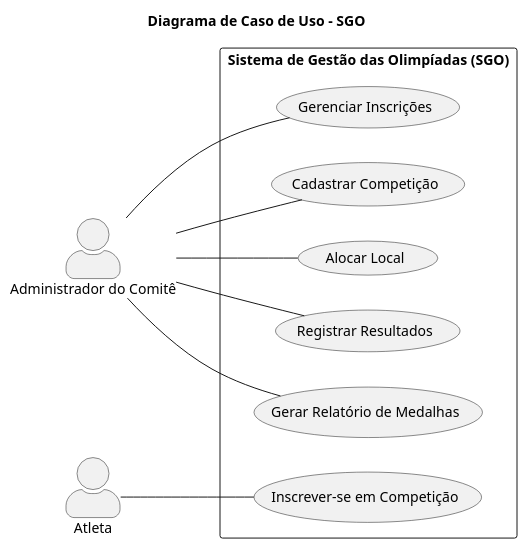
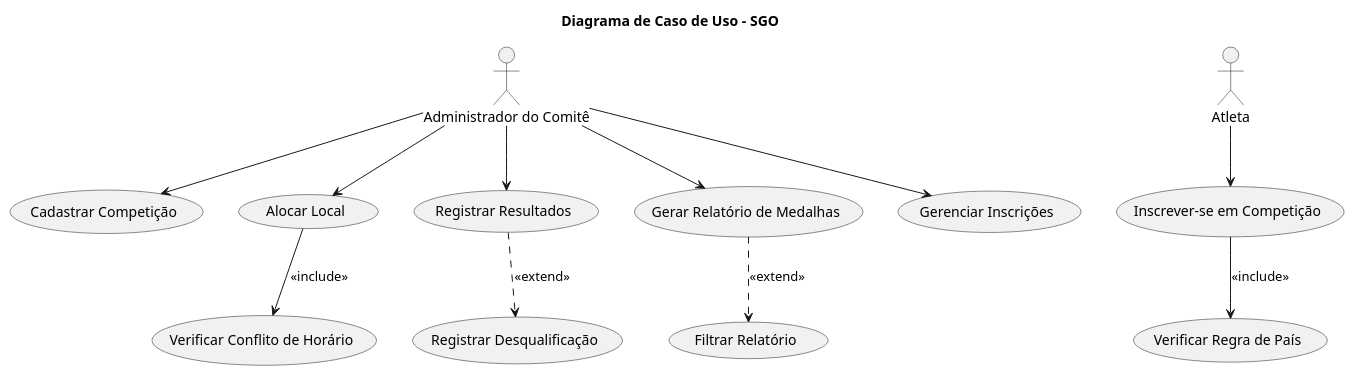
Before and after one commit to NatanMoroni08/sistema-gestao-olimpiadas: the diagram in codigos/diagrama-de-caso-de-uso.puml, drawn with PlantUML. The commit also changed 2 other files, not shown here.

Commit message:
Alterações casos de uso

```diff
--- a/codigos/diagrama-de-caso-de-uso.puml
+++ b/codigos/diagrama-de-caso-de-uso.puml
@@ -1,31 +1,39 @@
 @startuml
 ' Definição do título do diagrama
 title Diagrama de Caso de Uso - SGO
 
 ' Estilo do diagrama
-skinparam actorStyle awesome
-left to right direction
-
 actor "Administrador do Comitê" as Admin
 actor "Atleta" as Atleta
 
-rectangle "Sistema de Gestão das Olimpíadas (SGO)" {
-  usecase "Cadastrar Competição" as UC1
-  usecase "Alocar Local" as UC2
-  usecase "Registrar Resultados" as UC3
-  usecase "Gerar Relatório de Medalhas" as UC4
-  usecase "Inscrever-se em Competição" as UC5
-  usecase "Gerenciar Inscrições" as UC6
-}
+' Casos de Uso Principais
+(Cadastrar Competição) as UC1
+(Alocar Local) as UC2
+(Registrar Resultados) as UC3
+(Gerar Relatório de Medalhas) as UC4
+(Inscrever-se em Competição) as UC5
+(Gerenciar Inscrições) as UC6
 
-' Relacionamentos do Administrador
-Admin -- UC1
-Admin -- UC2
-Admin -- UC3
-Admin -- UC4
-Admin -- UC6
+' Casos de Uso Secundários
+(Verificar Conflito de Horário) as UCI1
+(Verificar Regra de País) as UCI2
+(Registrar Desqualificação) as UCE1
+(Filtrar Relatório) as UCE2
 
-' Relacionamentos do Atleta
-Atleta -- UC5
+' Relacionamentos dos Atores
+Admin --> UC1
+Admin --> UC2
+Admin --> UC3
+Admin --> UC4
+Admin --> UC6
+Atleta --> UC5
+
+' Relacionamentos <<include>>
+UC2 --> UCI1 : <<include>>
+UC5 --> UCI2 : <<include>>
+
+' Relacionamentos <<extend>>
+UC3 ..> UCE1 : <<extend>>
+UC4 ..> UCE2 : <<extend>>
 
 @enduml
```
